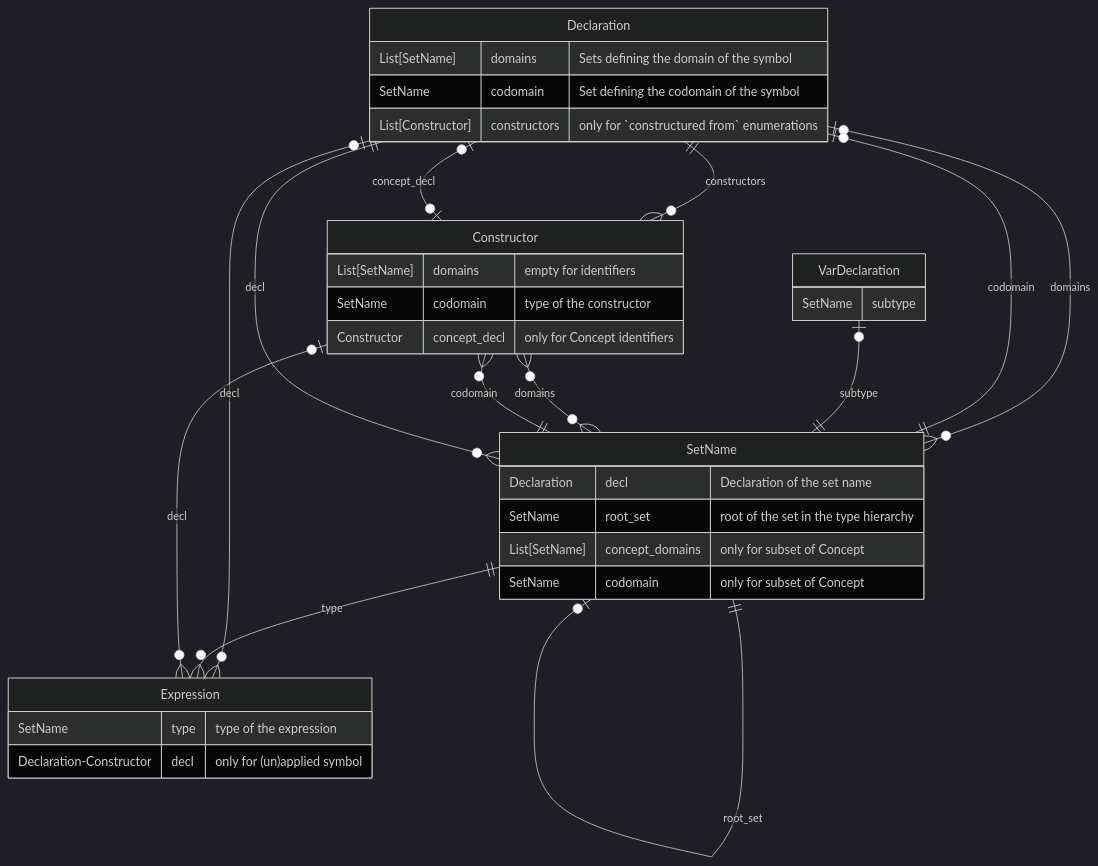
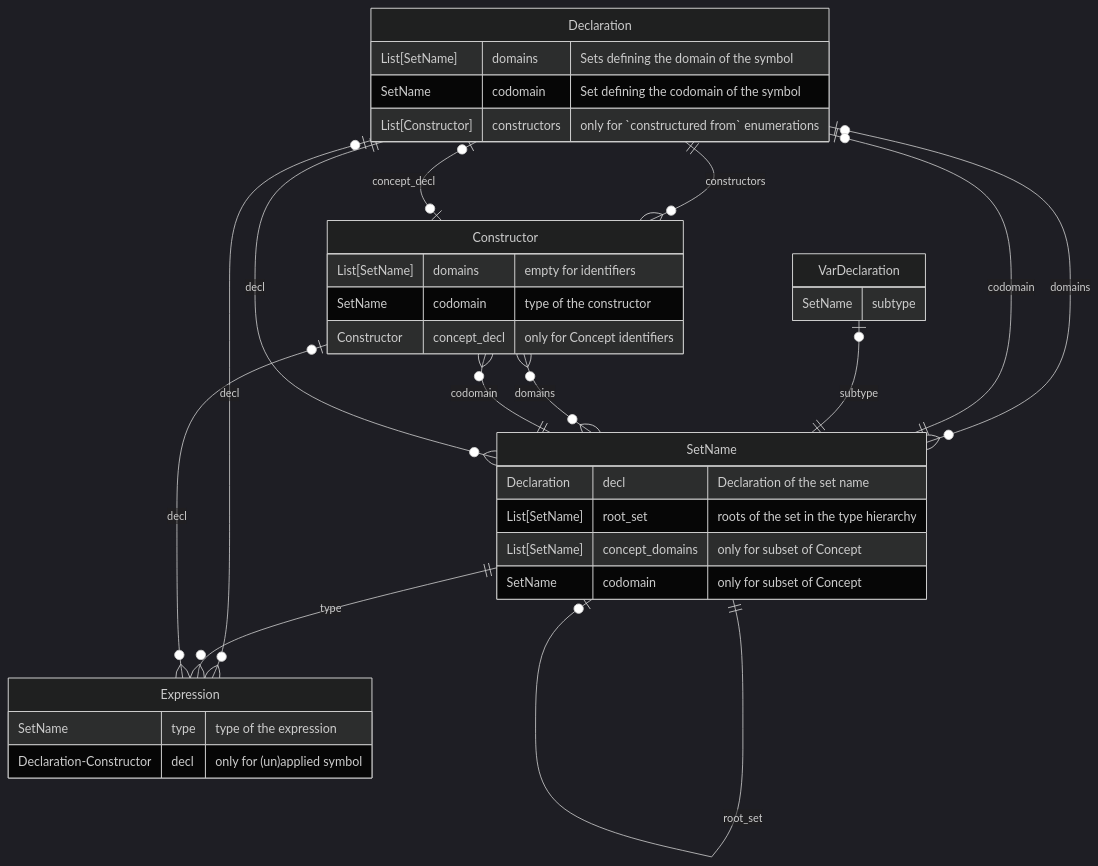
Before and after one commit to Sobhangh/IDP-Z3: the diagram in docs/Diagrams.md, drawn with Mermaid (dark theme). The commit also changed 9 other files, not shown here.

Commit message:
root_set: List[SetName].  - EMPTY_SETNAME

````diff
--- a/docs/Diagrams.md
+++ b/docs/Diagrams.md
@@ -8,41 +8,41 @@
 ```{mermaid}
 erDiagram
     Declaration |o--o{ SetName : domains
     Declaration |o--|| SetName: codomain
     Declaration |o--o{ Expression: decl
     VarDeclaration |o--|| SetName: subtype
     SetName }o--|| Declaration: decl
     SetName |o--o{ SetName: concept_domains
     SetName |o--o| SetName: codomain
     SetName ||--o{ Expression: type
     SetName ||--o| SetName: root_set
     Constructor }o--o{ SetName : domains
     Constructor }o--|| SetName : codomain
     Constructor |o--o| Declaration: concept_decl
     Constructor |o--o{ Expression: decl
     Declaration ||--o{ Constructor: constructors
 
     Declaration {
         List[SetName] domains "Sets defining the domain of the symbol"
         SetName codomain "Set defining the codomain of the symbol"
         List[Constructor] constructors "only for `constructured from` enumerations"
     }
     VarDeclaration {
         SetName subtype
     }
     SetName {
         Declaration decl "Declaration of the set name"
-        SetName root_set "root of the set in the type hierarchy"
+        List[SetName] root_set "roots of the set in the type hierarchy"
         List[SetName] concept_domains "only for subset of Concept"
         SetName codomain "only for subset of Concept"
     }
     Expression {
         SetName type "type of the expression"
         Declaration-Constructor decl "only for (un)applied symbol"
     }
     Constructor {
         List[SetName] domains "empty for identifiers"
         SetName codomain  "type of the constructor"
         Constructor concept_decl "only for Concept identifiers"
     }
 ```
````
